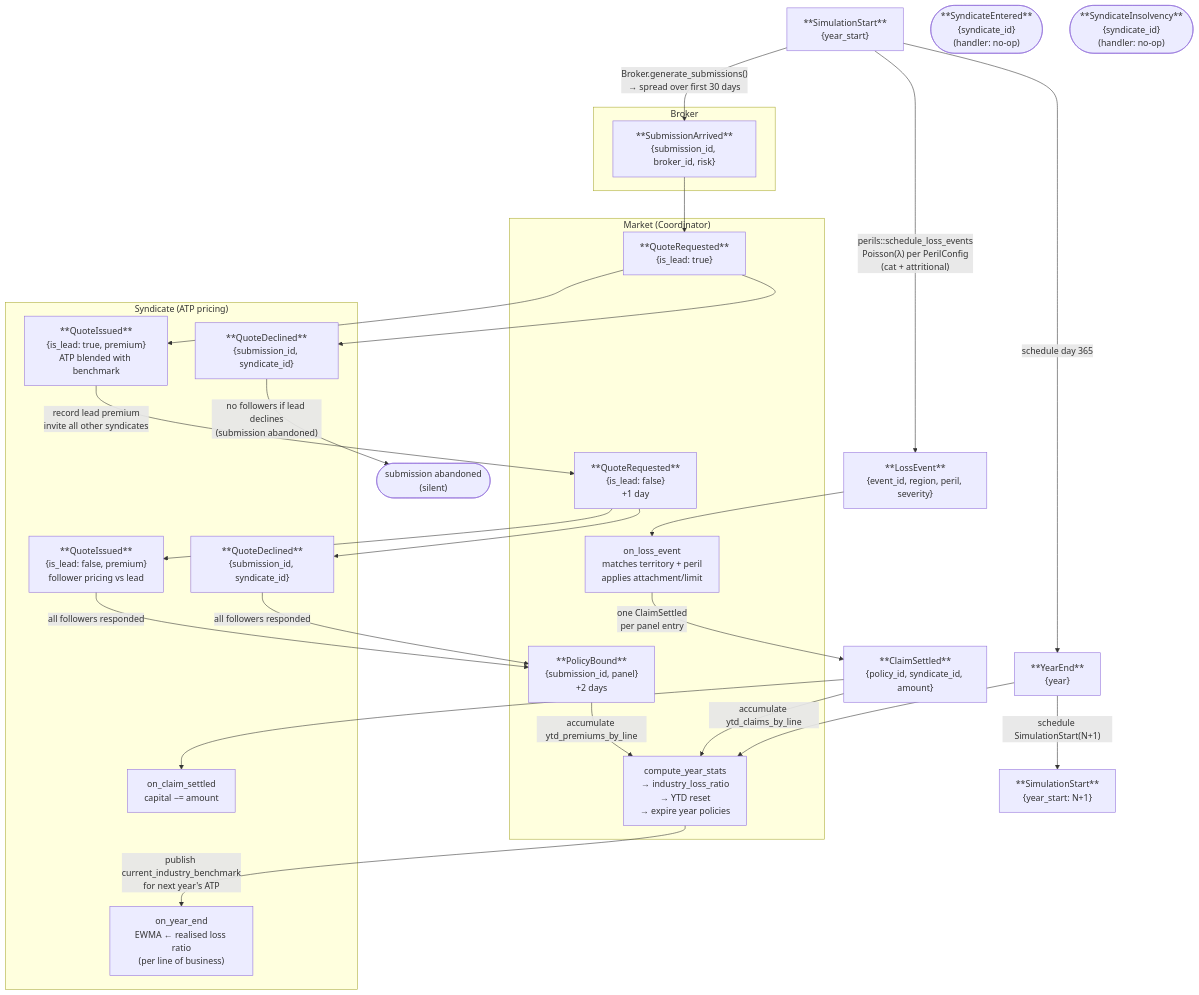
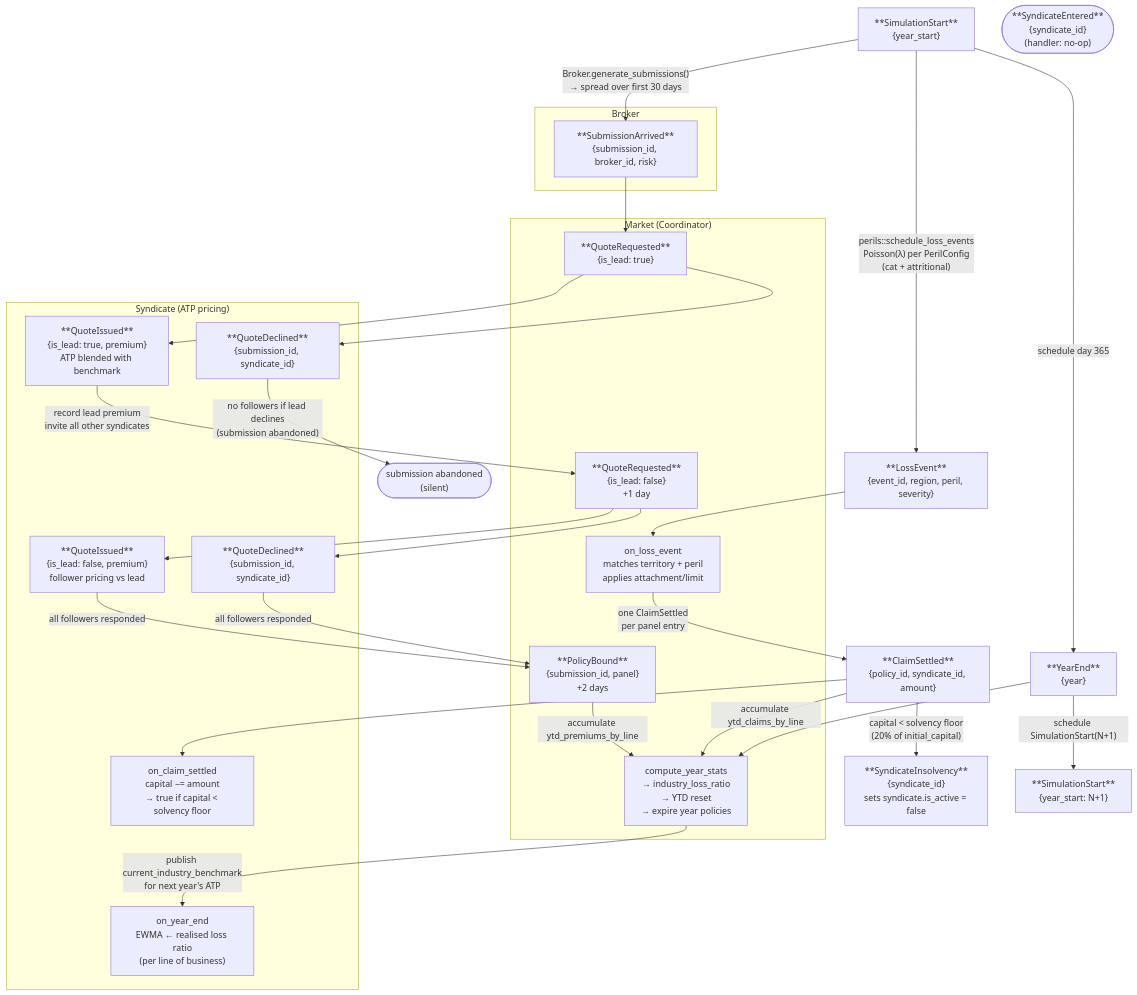
Before and after one commit to samthorold/rins: the diagram in docs/event-flow.md, drawn with Mermaid. The commit also changed other lines of this file and 3 other files, not shown here.

````diff
--- a/docs/event-flow.md
+++ b/docs/event-flow.md
@@ -6,68 +6,70 @@
 ```mermaid
 flowchart TD
     %% ── Year lifecycle ──────────────────────────────────────────────────────
 
     SS["**SimulationStart**\n{year_start}"]
     YE["**YearEnd**\n{year}"]
     LE["**LossEvent**\n{event_id, region, peril, severity}"]
     SS_NEXT["**SimulationStart**\n{year_start: N+1}"]
 
     SS -->|"Broker.generate_submissions()\n→ spread over first 30 days"| SA
     SS -->|"perils::schedule_loss_events\nPoisson(λ) per PerilConfig\n(cat + attritional)"| LE
     SS -->|"schedule day 365"| YE
 
     %% ── Quoting round ───────────────────────────────────────────────────────
 
     subgraph Broker
         SA["**SubmissionArrived**\n{submission_id, broker_id, risk}"]
     end
 
     subgraph Market["Market (Coordinator)"]
         QR_L["**QuoteRequested**\n{is_lead: true}"]
         QR_F["**QuoteRequested**\n{is_lead: false}\n+1 day"]
         PB["**PolicyBound**\n{submission_id, panel}\n+2 days"]
         LE_D["on_loss_event\nmatches territory + peril\napplies attachment/limit"]
         STATS["compute_year_stats\n→ industry_loss_ratio\n→ YTD reset\n→ expire year policies"]
     end
 
     subgraph Syndicate["Syndicate  (ATP pricing)"]
         QI_L["**QuoteIssued**\n{is_lead: true, premium}\nATP blended with benchmark"]
         QD_L["**QuoteDeclined**\n{submission_id, syndicate_id}"]
         QI_F["**QuoteIssued**\n{is_lead: false, premium}\nfollower pricing vs lead"]
         QD_F["**QuoteDeclined**\n{submission_id, syndicate_id}"]
-        CS_S["on_claim_settled\ncapital −= amount"]
+        CS_S["on_claim_settled\ncapital −= amount\n→ true if capital < solvency floor"]
         YE_S["on_year_end\nEWMA ← realised loss ratio\n(per line of business)"]
     end
 
     SA --> QR_L
     QR_L --> QI_L
     QR_L --> QD_L
     QI_L -->|"record lead premium\ninvite all other syndicates"| QR_F
     QD_L -->|"no followers if lead declines\n(submission abandoned)"| ABANDON(["submission abandoned\n(silent)"])
     QR_F --> QI_F
     QR_F --> QD_F
     QI_F -->|"all followers responded"| PB
     QD_F -->|"all followers responded"| PB
 
     %% ── Loss cascade ────────────────────────────────────────────────────────
 
     CS["**ClaimSettled**\n{policy_id, syndicate_id, amount}"]
 
     LE --> LE_D
     LE_D -->|"one ClaimSettled\nper panel entry"| CS
     CS --> CS_S
     CS -->|"accumulate ytd_claims_by_line"| STATS
 
     PB -->|"accumulate ytd_premiums_by_line"| STATS
 
     %% ── Year end ────────────────────────────────────────────────────────────
 
     YE --> STATS
     STATS -->|"publish current_industry_benchmark\nfor next year's ATP"| YE_S
     YE -->|"schedule SimulationStart(N+1)"| SS_NEXT
 
-    %% ── Entry / insolvency (stubs) ──────────────────────────────────────────
+    %% ── Entry / insolvency ──────────────────────────────────────────────────
 
     SE(["**SyndicateEntered**\n{syndicate_id}\n(handler: no-op)"])
-    SI(["**SyndicateInsolvency**\n{syndicate_id}\n(handler: no-op)"])
+    SI["**SyndicateInsolvency**\n{syndicate_id}\nsets syndicate.is_active = false"]
+
+    CS -->|"capital < solvency floor\n(20% of initial_capital)"| SI
 ```
````
